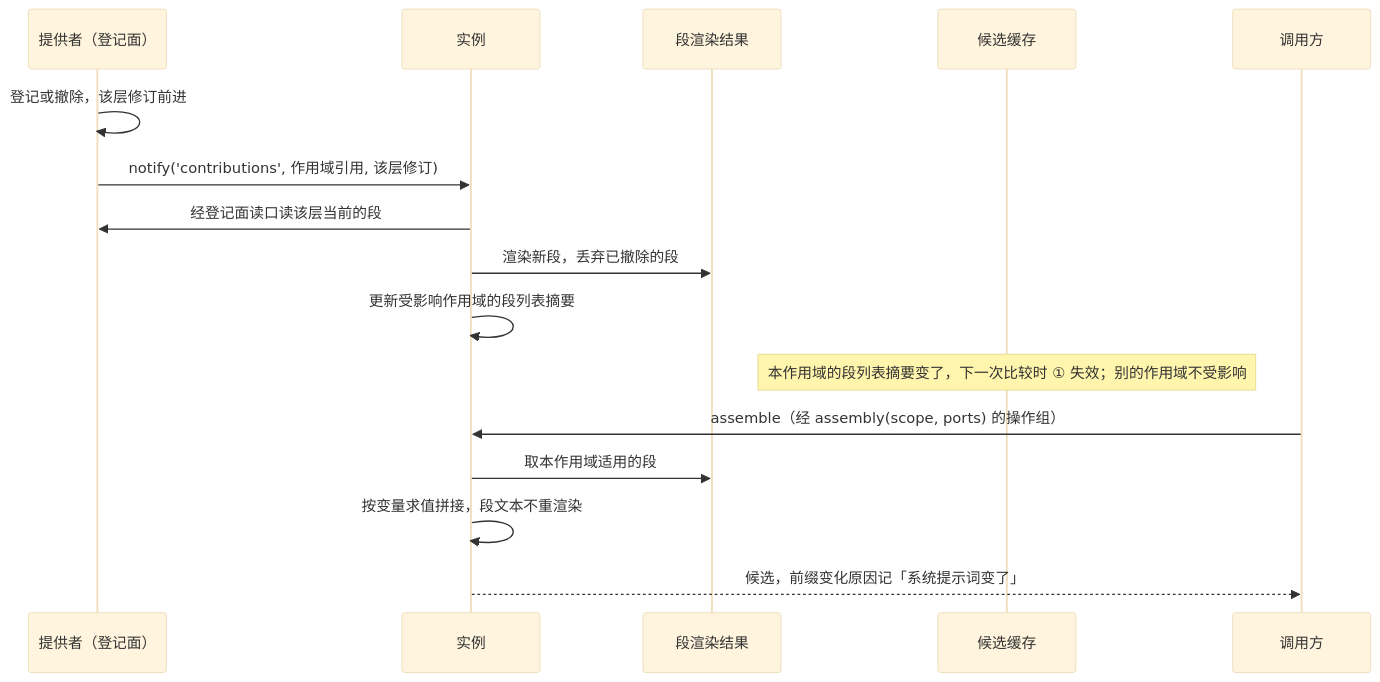
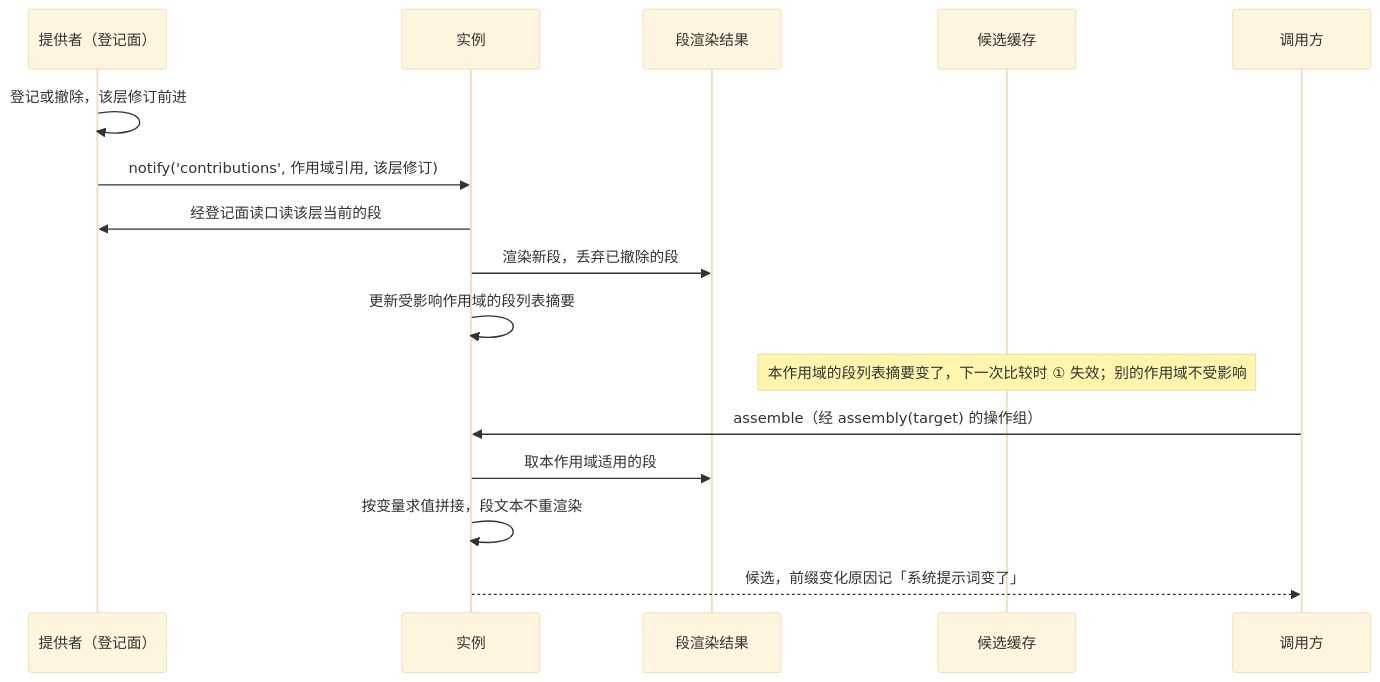
Before and after one commit to nemori-ai/omne-harness-lite: the second of 3 diagrams in packages/context/request-context/docs/flows.md, drawn with Mermaid (base theme). The commit also changed other lines of this file and 114 other files, not shown here.

````diff
--- a/packages/context/request-context/docs/flows.md
+++ b/packages/context/request-context/docs/flows.md
@@ -60,18 +60,18 @@
 ```mermaid
 sequenceDiagram
   participant P as 提供者（登记面）
   participant I as 实例
   participant D as 段渲染结果
   participant K as 候选缓存
   participant C as 调用方
   P->>P: 登记或撤除，该层修订前进
   P->>I: notify('contributions', 作用域引用, 该层修订)
   I->>P: 经登记面读口读该层当前的段
   I->>D: 渲染新段，丢弃已撤除的段
   I->>I: 更新受影响作用域的段列表摘要
   Note over K: 本作用域的段列表摘要变了，下一次比较时 ① 失效；别的作用域不受影响
-  C->>I: assemble（经 assembly(scope, ports) 的操作组）
+  C->>I: assemble（经 assembly(target) 的操作组）
   I->>D: 取本作用域适用的段
   I->>I: 按变量求值拼接，段文本不重渲染
   I-->>C: 候选，前缀变化原因记「系统提示词变了」
 ```
````
